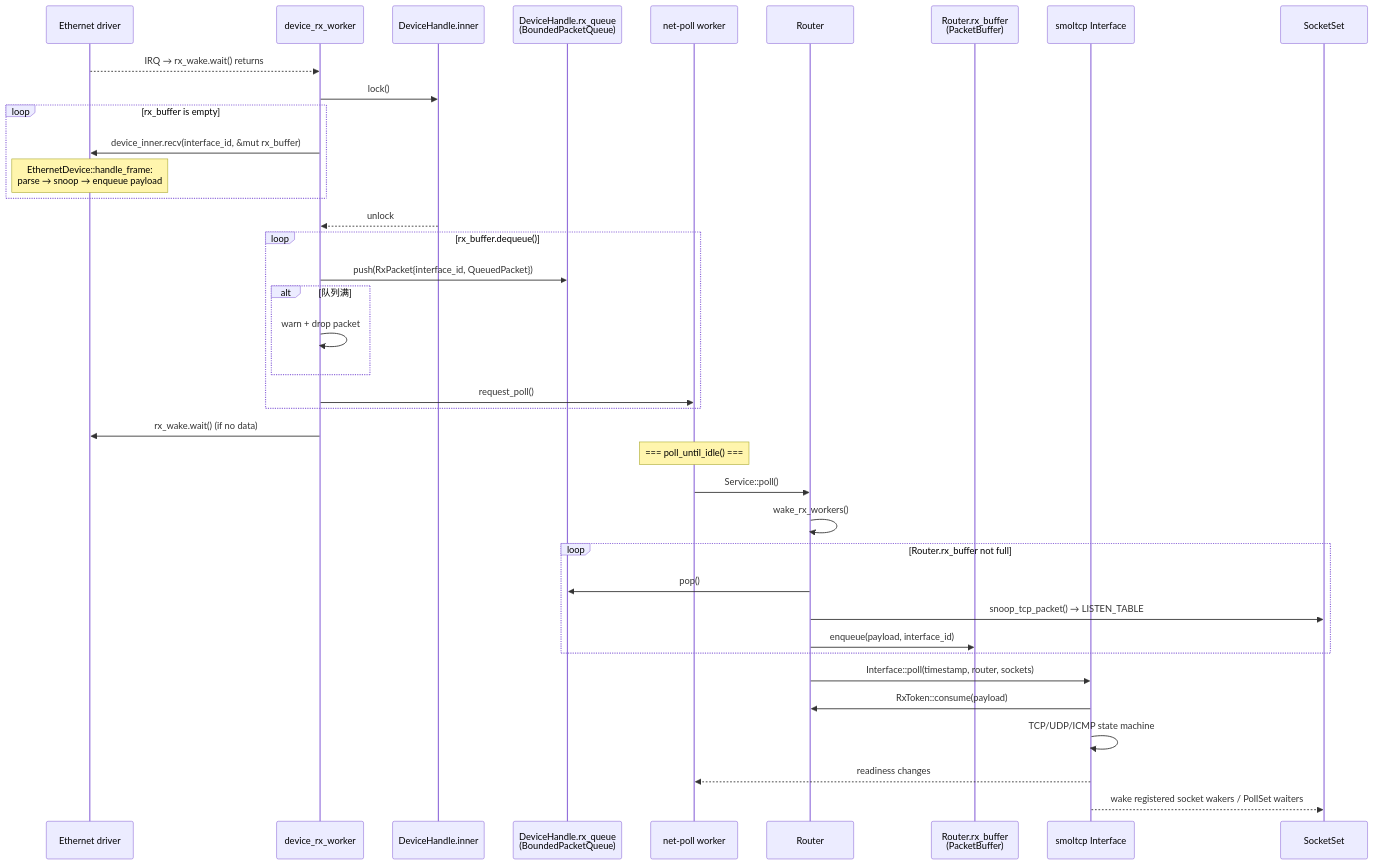
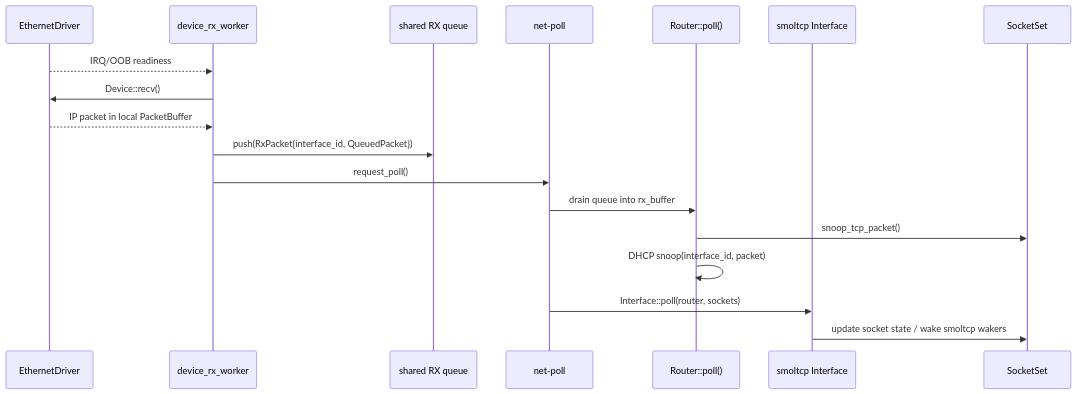
Before and after one commit to rcore-os/tgoskits: the third of 4 diagrams in docs/docs/architecture/net/flows.md, drawn with Mermaid. The commit also changed other lines of this file and 8 other files, not shown here.

Commit message:
docs(net): rewrite architecture docs with design boundaries, source mappings, and expanded test matrix

````diff
--- a/docs/docs/architecture/net/flows.md
+++ b/docs/docs/architecture/net/flows.md
@@ -150,41 +219,21 @@
 ```mermaid
 sequenceDiagram
-    participant Dev as Ethernet driver
+    participant Driver as EthernetDriver
     participant RxW as device_rx_worker
-    participant DevLock as DeviceHandle.inner
-    participant RxQ as DeviceHandle.rx_queue<br/>(BoundedPacketQueue)
-    participant PollW as net-poll worker
-    participant Router as Router
-    participant RouterRx as Router.rx_buffer<br/>(PacketBuffer)
+    participant Queue as shared RX queue
+    participant Poll as net-poll
+    participant Router as Router::poll()
     participant Smol as smoltcp Interface
     participant Sock as SocketSet
 
-    Dev-->>RxW: IRQ → rx_wake.wait() returns
-    RxW->>DevLock: lock()
-    loop rx_buffer is empty
-        RxW->>Dev: device_inner.recv(interface_id, &mut rx_buffer)
-        Note over Dev: EthernetDevice::handle_frame:<br/>parse → snoop → enqueue payload
-    end
-    DevLock-->>RxW: unlock
-    loop rx_buffer.dequeue()
-        RxW->>RxQ: push(RxPacket{interface_id, QueuedPacket})
-        alt 队列满
-            RxW->>RxW: warn + drop packet
-        end
-        RxW->>PollW: request_poll()
-    end
-    RxW->>Dev: rx_wake.wait() (if no data)
-    Note over PollW: === poll_until_idle() ===
-    PollW->>Router: Service::poll()
-    Router->>Router: wake_rx_workers()
-    loop Router.rx_buffer not full
-        Router->>RxQ: pop()
-        Router->>Sock: snoop_tcp_packet() → LISTEN_TABLE
-        Router->>RouterRx: enqueue(payload, interface_id)
-    end
-    Router->>Smol: Interface::poll(timestamp, router, sockets)
-    Smol->>Router: RxToken::consume(payload)
-    Smol->>Smol: TCP/UDP/ICMP state machine
-    Smol-->>PollW: readiness changes
-    Smol-->>Sock: wake registered socket wakers / PollSet waiters
+    Driver-->>RxW: IRQ/OOB readiness
+    RxW->>Driver: Device::recv()
+    Driver-->>RxW: IP packet in local PacketBuffer
+    RxW->>Queue: push(RxPacket{interface_id, QueuedPacket})
+    RxW->>Poll: request_poll()
+    Poll->>Router: drain queue into rx_buffer
+    Router->>Sock: snoop_tcp_packet()
+    Router->>Router: DHCP snoop(interface_id, packet)
+    Poll->>Smol: Interface::poll(router, sockets)
+    Smol->>Sock: update socket state / wake smoltcp wakers
 ```
````
